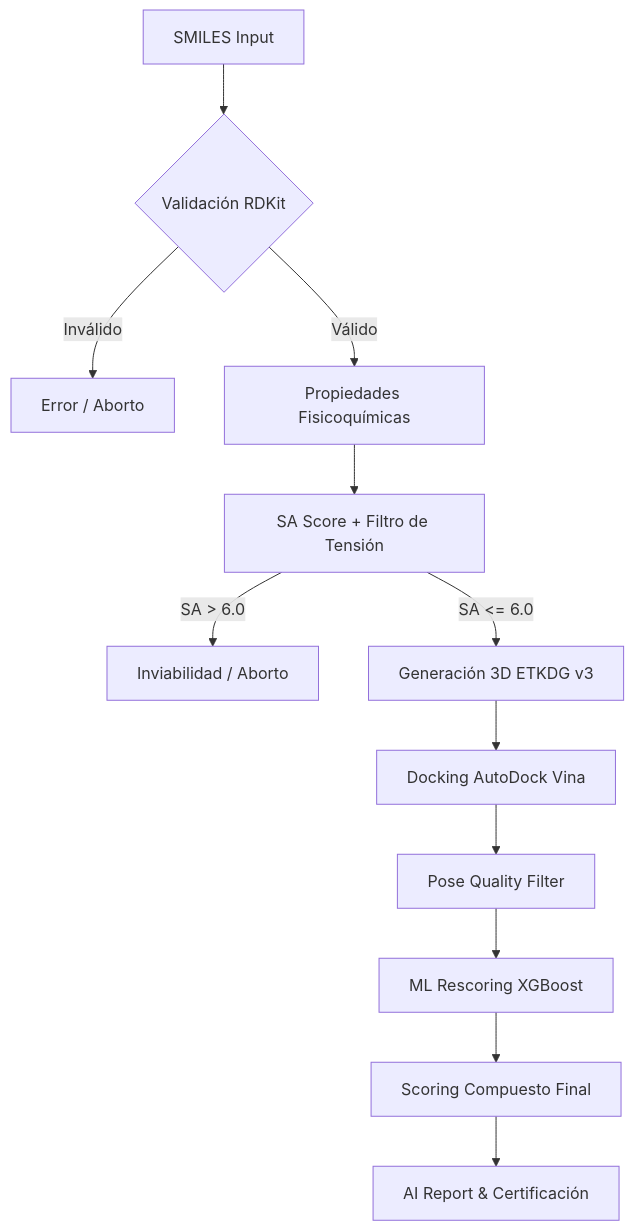
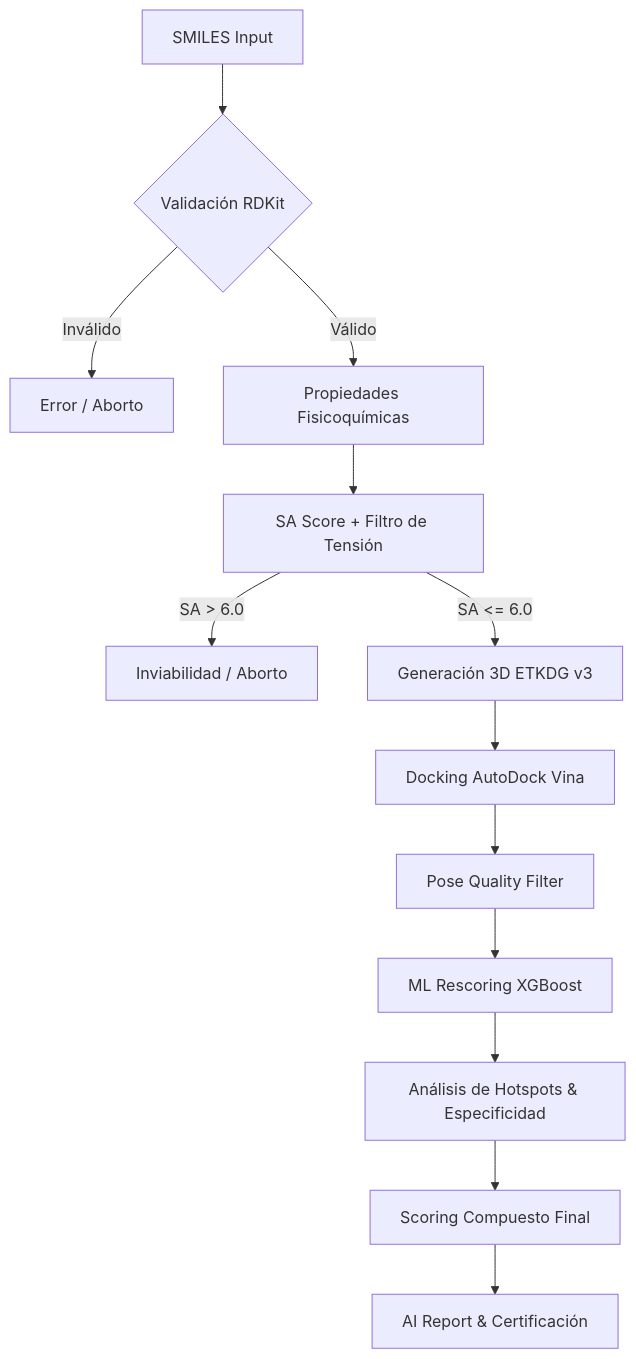
The diagram in docs/ARCHITECTURE_OVERVIEW.md (srcacahuate619/molecule-design), drawn with Mermaid before and after one commit. The commit also changed other lines of this file and 20 other files, not shown here.

````diff
--- a/docs/ARCHITECTURE_OVERVIEW.md
+++ b/docs/ARCHITECTURE_OVERVIEW.md
@@ -9,14 +9,15 @@
 ```mermaid
 graph TD
     A[SMILES Input] --> B{Validación RDKit}
     B -- Inválido --> C[Error / Aborto]
     B -- Válido --> D[Propiedades Fisicoquímicas]
     D --> E[SA Score + Filtro de Tensión]
     E -- SA > 6.0 --> F[Inviabilidad / Aborto]
     E -- SA <= 6.0 --> G[Generación 3D ETKDG v3]
     G --> H[Docking AutoDock Vina]
     H --> I[Pose Quality Filter]
     I --> J[ML Rescoring XGBoost]
-    J --> K[Scoring Compuesto Final]
-    K --> L[AI Report & Certificación]
+    J --> K[Análisis de Hotspots & Especificidad]
+    K --> L[Scoring Compuesto Final]
+    L --> M[AI Report & Certificación]
 ```
````
